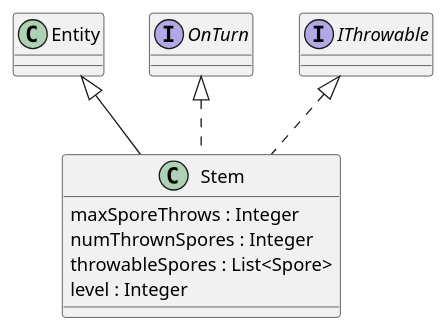
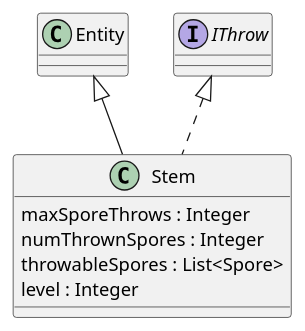
Before and after one commit to Petya-G/fungorium: the diagram in 4/classes/mushroom/stem.puml, drawn with PlantUML. The commit also changed 8 other files, not shown here.

```diff
--- a/4/classes/mushroom/stem.puml
+++ b/4/classes/mushroom/stem.puml
@@ -1,10 +1,10 @@
 @startuml stem
 
-class Stem extends Entity implements OnTurn, IThrowable{
+class Stem extends Entity implements IThrow{
     maxSporeThrows : Integer
     numThrownSpores : Integer
     throwableSpores : List<Spore>
     level : Integer
 }
 
 @enduml
```
